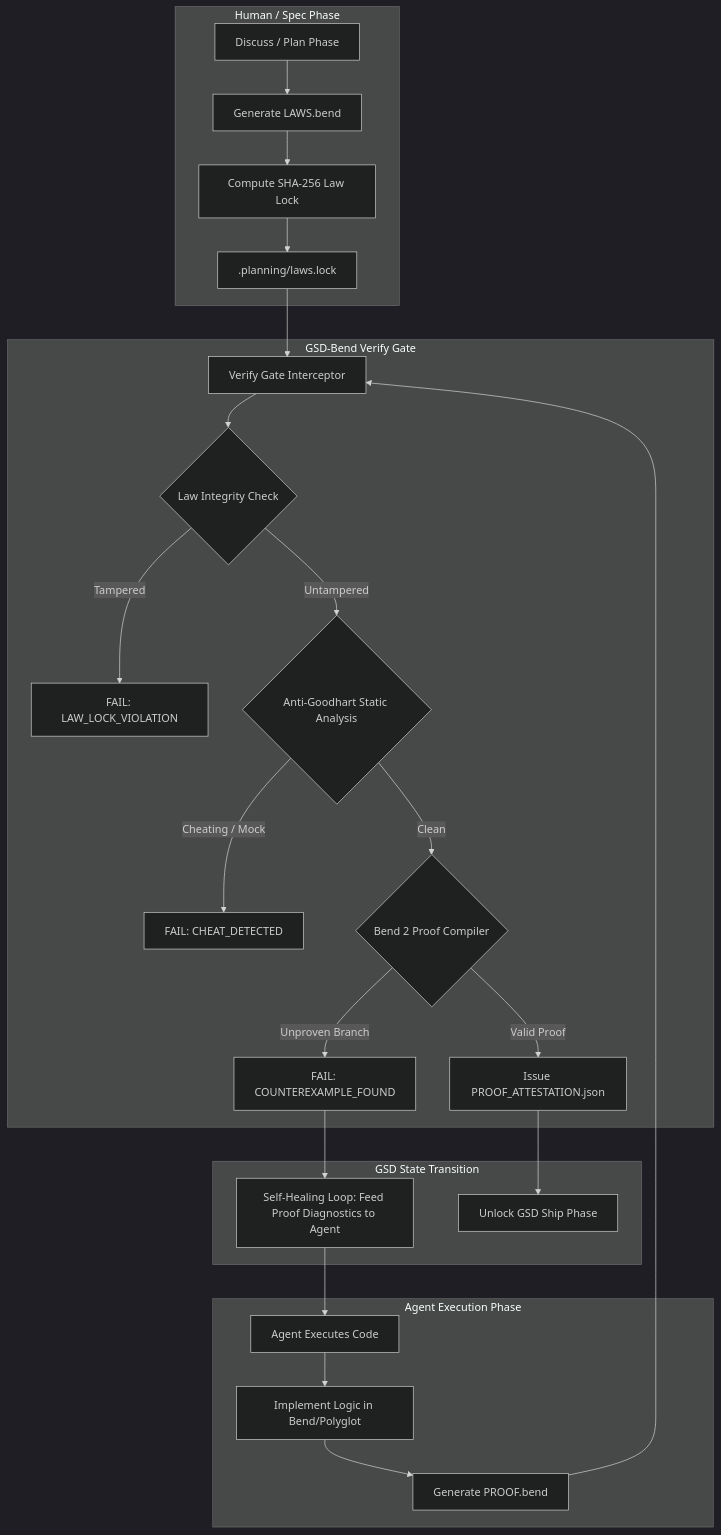
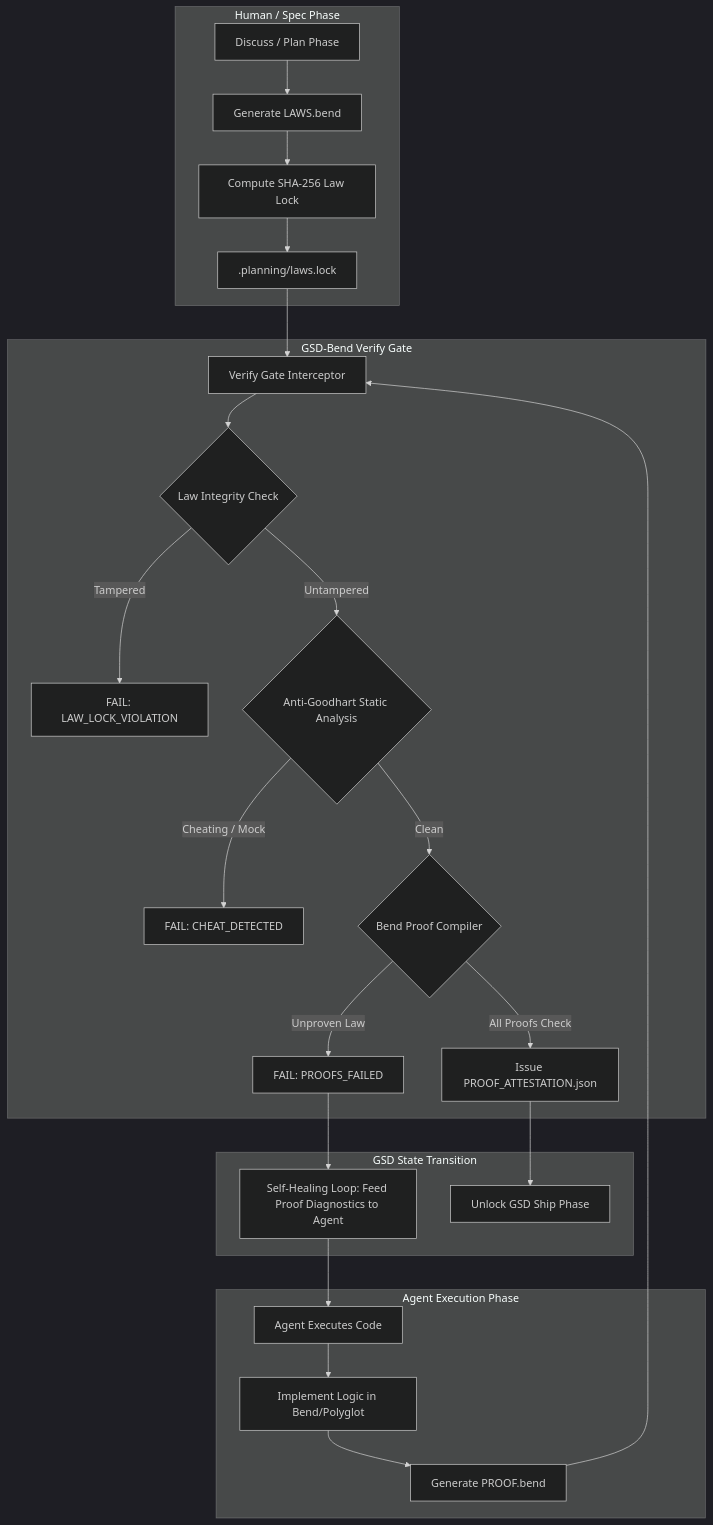
One commit to NoahOsmonth/gsd-bend changed the diagram in docs/ARCHITECTURE.md. Above: the diagram before and after it, drawn with Mermaid (dark theme). The commit also changed other lines of this file and 99 other files, not shown here.

````diff
--- a/docs/ARCHITECTURE.md
+++ b/docs/ARCHITECTURE.md
@@ -32,31 +34,31 @@
 ```mermaid
 graph TD
     subgraph Human / Spec Phase
         A[Discuss / Plan Phase] --> B[Generate LAWS.bend]
         B --> C[Compute SHA-256 Law Lock]
         C --> D[.planning/laws.lock]
     end
 
     subgraph Agent Execution Phase
         E[Agent Executes Code] --> F[Implement Logic in Bend/Polyglot]
         F --> G[Generate PROOF.bend]
     end
 
     subgraph GSD-Bend Verify Gate
         D --> H[Verify Gate Interceptor]
         G --> H
         H --> I{Law Integrity Check}
         I -- Tampered --> J[FAIL: LAW_LOCK_VIOLATION]
         I -- Untampered --> K{Anti-Goodhart Static Analysis}
         K -- Cheating / Mock --> L[FAIL: CHEAT_DETECTED]
-        K -- Clean --> M{Bend 2 Proof Compiler}
-        M -- Unproven Branch --> N[FAIL: COUNTEREXAMPLE_FOUND]
-        M -- Valid Proof --> O[Issue PROOF_ATTESTATION.json]
+        K -- Clean --> M{Bend Proof Compiler}
+        M -- Unproven Law --> N[FAIL: PROOFS_FAILED]
+        M -- All Proofs Check --> O[Issue PROOF_ATTESTATION.json]
     end
 
     subgraph GSD State Transition
         N --> P[Self-Healing Loop: Feed Proof Diagnostics to Agent]
         P --> E
         O --> Q[Unlock GSD Ship Phase]
     end
 ```
````
